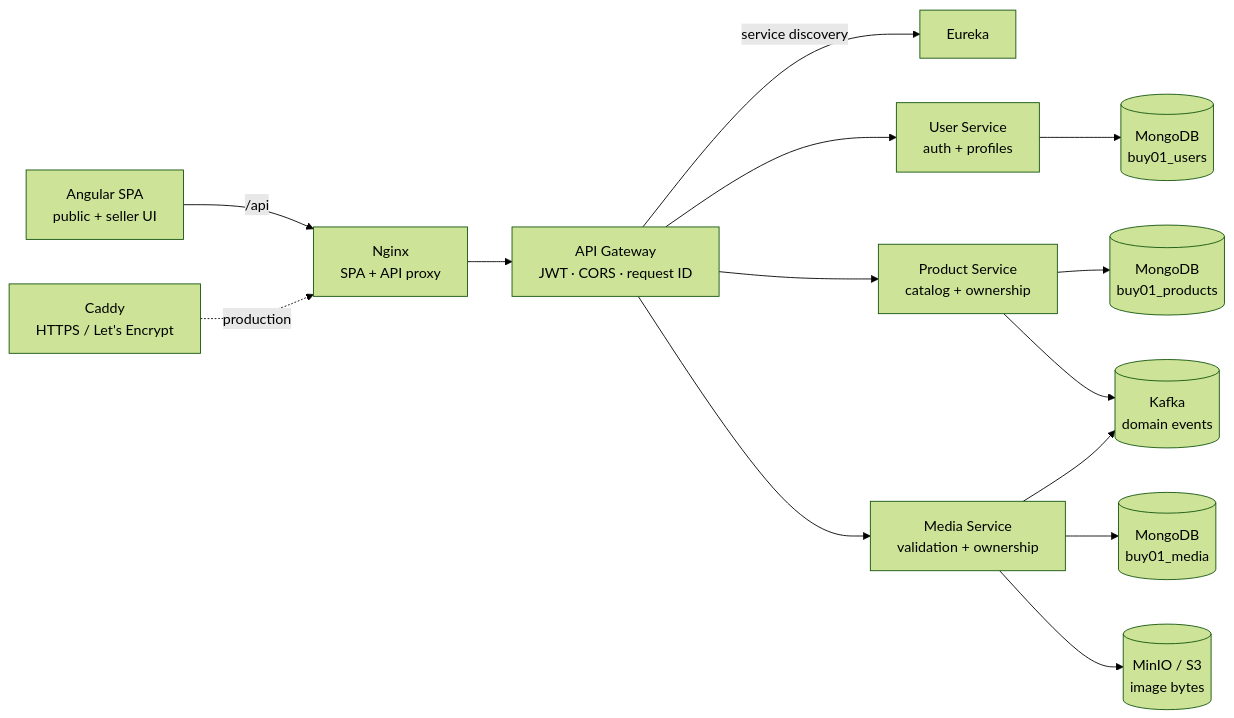
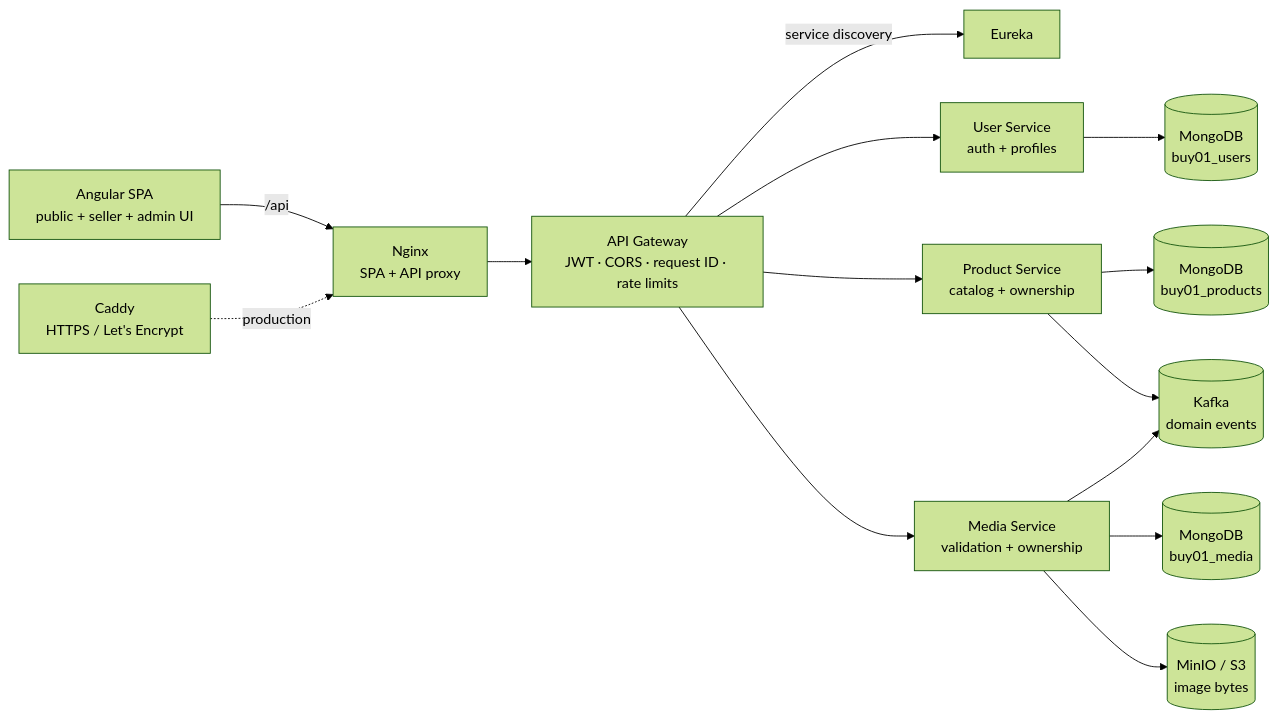
The first of 3 diagrams in docs/architecture.md (hujaafar/nexora-commerce), drawn with Mermaid (forest theme) before and after one commit. The commit also changed other lines of this file and 6 other files, not shown here.

````diff
--- a/docs/architecture.md
+++ b/docs/architecture.md
@@ -5,16 +5,16 @@
 ```mermaid
 flowchart LR
-    Browser["Angular SPA<br/>public + seller UI"] -->|"/api"| Nginx["Nginx<br/>SPA + API proxy"]
-    Nginx --> Gateway["API Gateway<br/>JWT · CORS · request ID"]
+    Browser["Angular SPA<br/>public + seller + admin UI"] -->|"/api"| Nginx["Nginx<br/>SPA + API proxy"]
+    Nginx --> Gateway["API Gateway<br/>JWT · CORS · request ID · rate limits"]
     Gateway -->|service discovery| Eureka["Eureka"]
     Gateway --> User["User Service<br/>auth + profiles"]
     Gateway --> Product["Product Service<br/>catalog + ownership"]
     Gateway --> Media["Media Service<br/>validation + ownership"]
     User --> UserDb[("MongoDB<br/>buy01_users")]
     Product --> ProductDb[("MongoDB<br/>buy01_products")]
     Media --> MediaDb[("MongoDB<br/>buy01_media")]
     Media --> MinIO[("MinIO / S3<br/>image bytes")]
     Product --> Kafka[("Kafka<br/>domain events")]
     Media --> Kafka
     Caddy["Caddy<br/>HTTPS / Let's Encrypt"] -. production .-> Nginx
 ```
````
